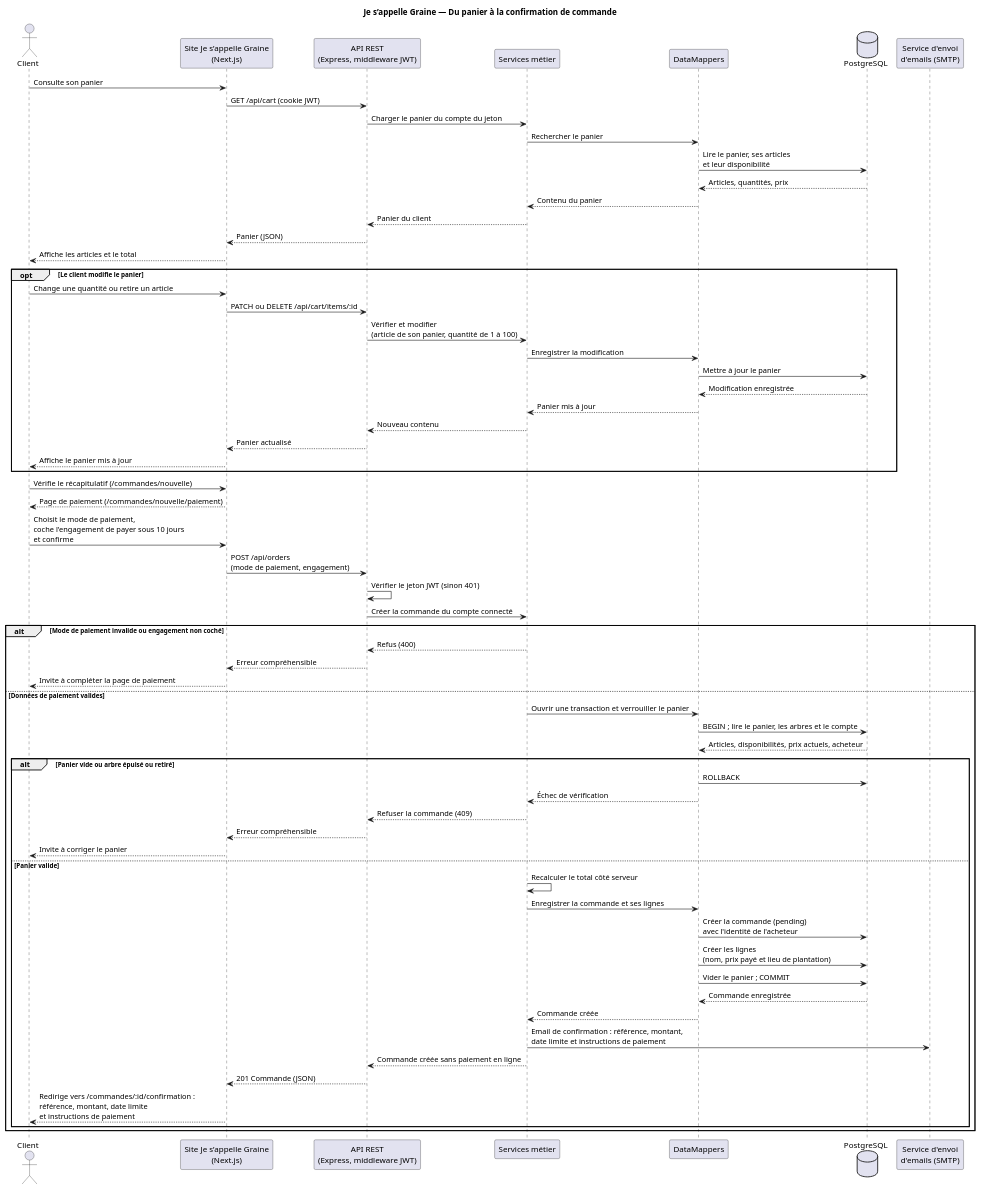
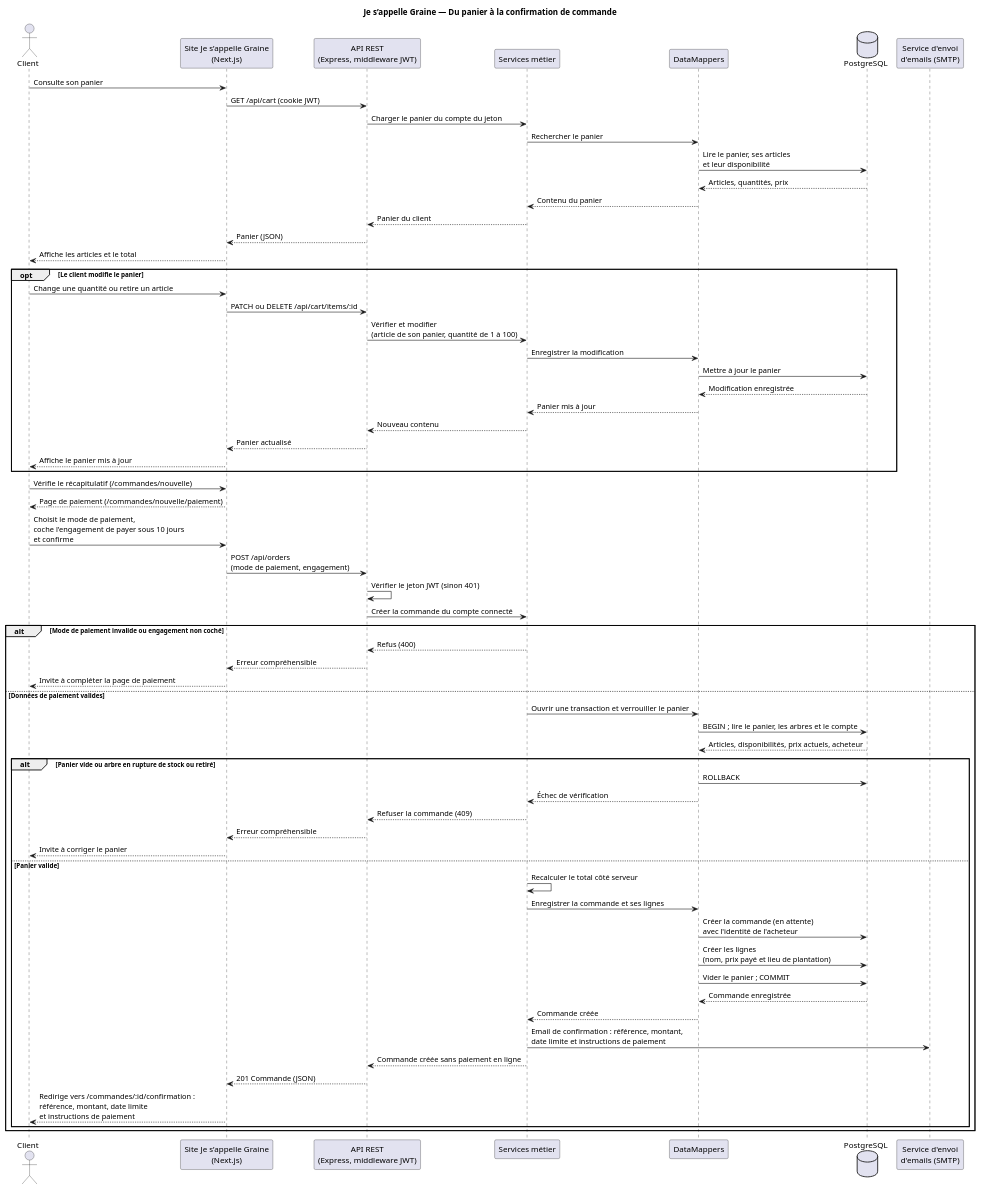
One commit to DimitryDereppe/je-s-appelle-graine changed the diagram in docs/conception/diagrammes/03-diagramme-sequence-achat.puml. Above: the diagram before and after it, drawn with PlantUML. The commit also changed 16 other files, not shown here.

```diff
--- a/docs/conception/diagrammes/03-diagramme-sequence-achat.puml
+++ b/docs/conception/diagrammes/03-diagramme-sequence-achat.puml
@@ -1,72 +1,72 @@
 @startuml 03-diagramme-sequence-achat
 title Je s’appelle Graine — Du panier à la confirmation de commande
 
 actor Client
 participant "Site Je s’appelle Graine\n(Next.js)" as Site
 participant "API REST\n(Express, middleware JWT)" as API
 participant "Services métier" as Services
 participant "DataMappers" as DM
 database "PostgreSQL" as DB
 participant "Service d'envoi\nd'emails (SMTP)" as Mail
 
 Client -> Site : Consulte son panier
 Site -> API : GET /api/cart (cookie JWT)
 API -> Services : Charger le panier du compte du jeton
 Services -> DM : Rechercher le panier
 DM -> DB : Lire le panier, ses articles\net leur disponibilité
 DB --> DM : Articles, quantités, prix
 DM --> Services : Contenu du panier
 Services --> API : Panier du client
 API --> Site : Panier (JSON)
 Site --> Client : Affiche les articles et le total
 
 opt Le client modifie le panier
   Client -> Site : Change une quantité ou retire un article
   Site -> API : PATCH ou DELETE /api/cart/items/:id
   API -> Services : Vérifier et modifier\n(article de son panier, quantité de 1 à 100)
   Services -> DM : Enregistrer la modification
   DM -> DB : Mettre à jour le panier
   DB --> DM : Modification enregistrée
   DM --> Services : Panier mis à jour
   Services --> API : Nouveau contenu
   API --> Site : Panier actualisé
   Site --> Client : Affiche le panier mis à jour
 end
 
 Client -> Site : Vérifie le récapitulatif (/commandes/nouvelle)
 Site --> Client : Page de paiement (/commandes/nouvelle/paiement)
 Client -> Site : Choisit le mode de paiement,\ncoche l'engagement de payer sous 10 jours\net confirme
 Site -> API : POST /api/orders\n(mode de paiement, engagement)
 API -> API : Vérifier le jeton JWT (sinon 401)
 API -> Services : Créer la commande du compte connecté
 
 alt Mode de paiement invalide ou engagement non coché
   Services --> API : Refus (400)
   API --> Site : Erreur compréhensible
   Site --> Client : Invite à compléter la page de paiement
 else Données de paiement valides
   Services -> DM : Ouvrir une transaction et verrouiller le panier
   DM -> DB : BEGIN ; lire le panier, les arbres et le compte
   DB --> DM : Articles, disponibilités, prix actuels, acheteur
 
-  alt Panier vide ou arbre épuisé ou retiré
+  alt Panier vide ou arbre en rupture de stock ou retiré
     DM -> DB : ROLLBACK
     DM --> Services : Échec de vérification
     Services --> API : Refuser la commande (409)
     API --> Site : Erreur compréhensible
     Site --> Client : Invite à corriger le panier
   else Panier valide
     Services -> Services : Recalculer le total côté serveur
     Services -> DM : Enregistrer la commande et ses lignes
-    DM -> DB : Créer la commande (pending)\navec l'identité de l'acheteur
+    DM -> DB : Créer la commande (en attente)\navec l'identité de l'acheteur
     DM -> DB : Créer les lignes\n(nom, prix payé et lieu de plantation)
     DM -> DB : Vider le panier ; COMMIT
     DB --> DM : Commande enregistrée
     DM --> Services : Commande créée
     Services -> Mail : Email de confirmation : référence, montant,\ndate limite et instructions de paiement
     Services --> API : Commande créée sans paiement en ligne
     API --> Site : 201 Commande (JSON)
     Site --> Client : Redirige vers /commandes/:id/confirmation :\nréférence, montant, date limite\net instructions de paiement
   end
 end
 @enduml
```
